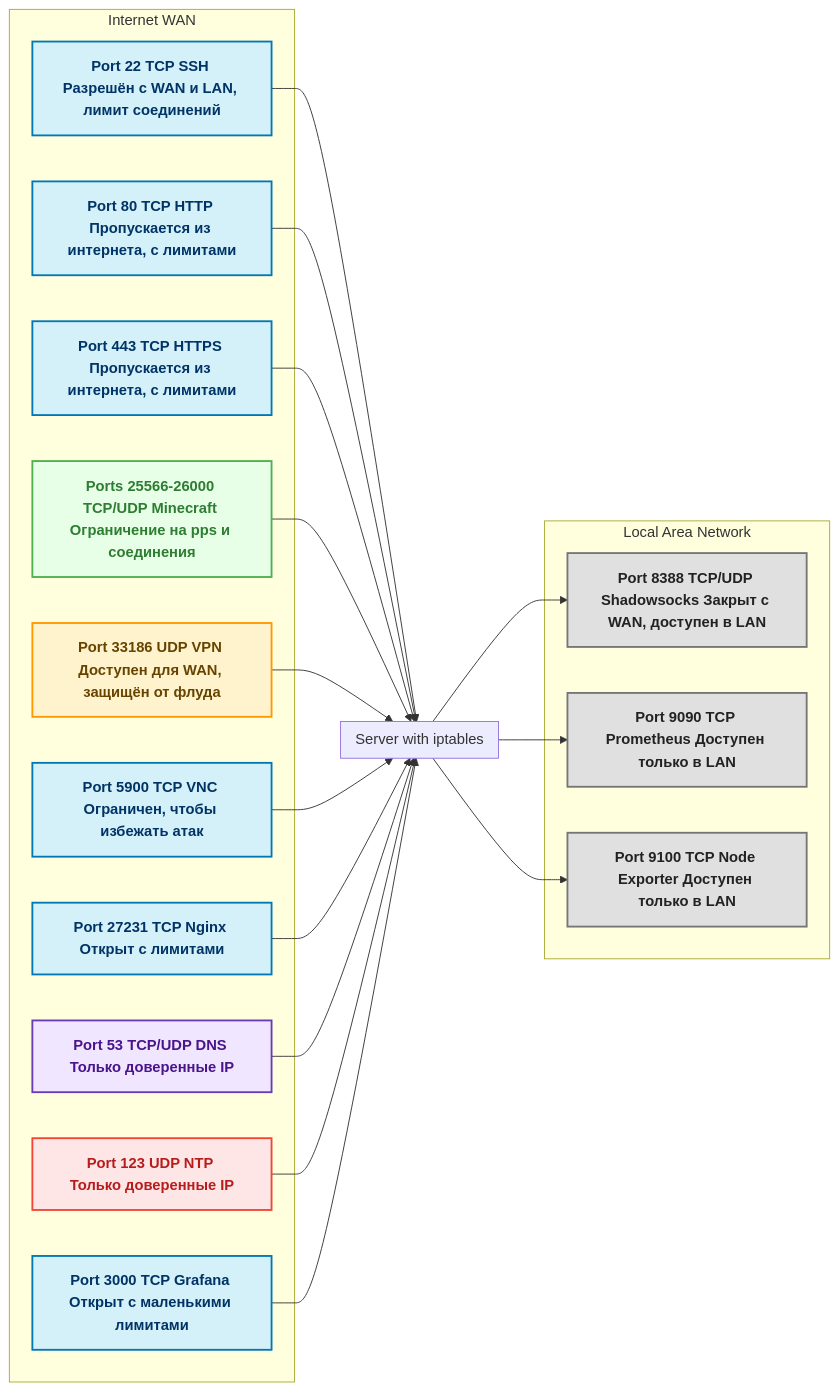
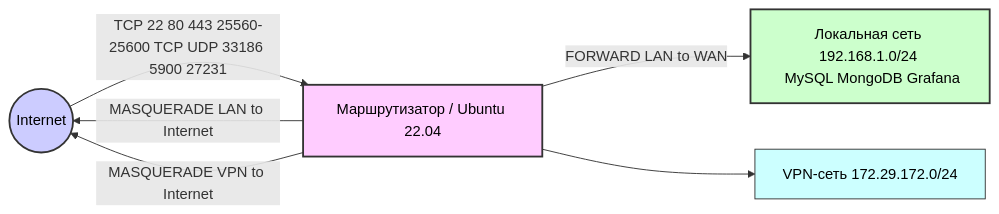
The diagram in README.md (AlekseyTarabanov/my-iptables-script), drawn with Mermaid before and after one commit. The commit also changed other lines of this file, not shown here.

````diff
--- a/README.md
+++ b/README.md
@@ -53,47 +56,18 @@
 ```mermaid
 graph LR
-  subgraph WAN [Internet WAN]
-    W1["Port 22 TCP SSH Разрешён с WAN и LAN, лимит соединений"]:::tcp
-    W2["Port 80 TCP HTTP Пропускается из интернета, с лимитами"]:::tcp
-    W3["Port 443 TCP HTTPS Пропускается из интернета, с лимитами"]:::tcp
-    W4["Ports 25566-26000 TCP/UDP Minecraft Ограничение на pps и соединения"]:::mc
-    W5["Port 33186 UDP VPN Доступен для WAN, защищён от флуда"]:::udp
-    W6["Port 5900 TCP VNC Ограничен, чтобы избежать атак"]:::tcp
-    W7["Port 27231 TCP Nginx Открыт с лимитами"]:::tcp
-    W8["Port 53 TCP/UDP DNS Только доверенные IP"]:::dns
-    W9["Port 123 UDP NTP Только доверенные IP"]:::ntp
-    W10["Port 3000 TCP Grafana Открыт с маленькими лимитами"]:::tcp
-  end
+    Internet((Internet)):::cloud
+    Router[Маршрутизатор / Ubuntu 22.04]:::router
+    Local[Локальная сеть 192.168.1.0/24 \n MySQL MongoDB Grafana]:::local
+    VPN[VPN-сеть 172.29.172.0/24]:::service
 
-  subgraph SERVER [Server with iptables]
-  end
+    Internet -->|TCP 22 80 443 25560-25600 TCP UDP 33186 5900 27231| Router
+    Router -->|MASQUERADE LAN to Internet| Internet
+    Router -->|FORWARD LAN to WAN| Local
+    Router -->|MASQUERADE VPN to Internet| Internet
+    Router --> VPN
 
-  subgraph LAN [Local Area Network]
-    L1["Port 8388 TCP/UDP Shadowsocks Закрыт с WAN, доступен в LAN"]:::lan
-    L2["Port 9090 TCP Prometheus Доступен только в LAN"]:::lan
-    L3["Port 9100 TCP Node Exporter Доступен только в LAN"]:::lan
-  end
-
-  W1 --> SERVER
-  W2 --> SERVER
-  W3 --> SERVER
-  W4 --> SERVER
-  W5 --> SERVER
-  W6 --> SERVER
-  W7 --> SERVER
-  W8 --> SERVER
-  W9 --> SERVER
-  W10 --> SERVER
-
-  SERVER --> L1
-  SERVER --> L2
-  SERVER --> L3
-
-  classDef tcp fill:#d4f1f9,stroke:#0077b6,stroke-width:2px,color:#003366,font-weight:bold;
-  classDef udp fill:#fff3cd,stroke:#ff9800,stroke-width:2px,color:#664400,font-weight:bold;
-  classDef mc fill:#e6ffe6,stroke:#4caf50,stroke-width:2px,color:#2e7d32,font-weight:bold;
-  classDef dns fill:#f0e6ff,stroke:#673ab7,stroke-width:2px,color:#4a148c,font-weight:bold;
-  classDef ntp fill:#ffe6e6,stroke:#f44336,stroke-width:2px,color:#b71c1c,font-weight:bold;
-  classDef lan fill:#e0e0e0,stroke:#757575,stroke-width:2px,color:#222222,font-weight:bold;
-
+    classDef cloud fill:#ccf,stroke:#333,stroke-width:2px,color:#000;
+    classDef router fill:#fcf,stroke:#333,stroke-width:2px,color:#000;
+    classDef local fill:#cfc,stroke:#333,stroke-width:2px,color:#000;
+    classDef service fill:#cff,stroke:#333,stroke-width:1px,color:#000;
 ```
````
